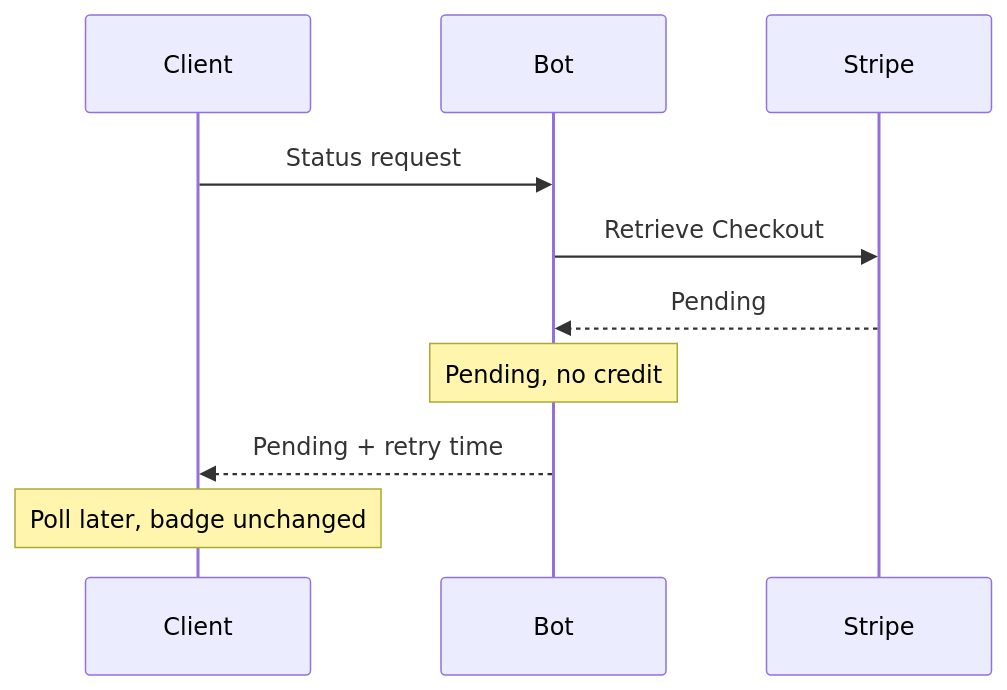
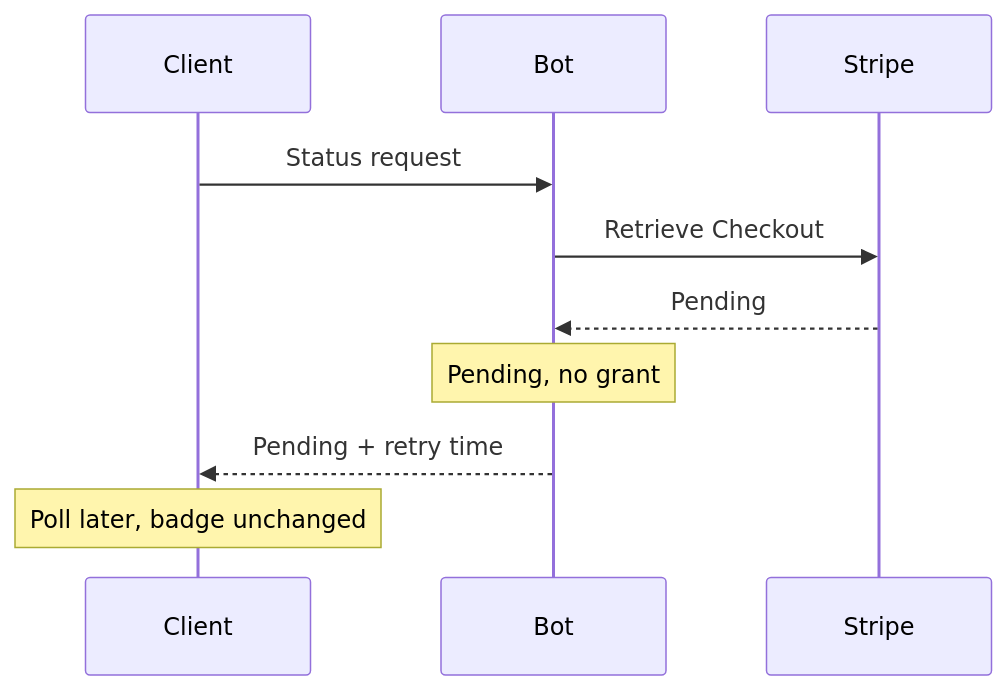
The eighth of 12 diagrams in plans/2026-07-20-supporter-badges-v2-product.md (simplex-chat/simplex-chat), drawn with Mermaid before and after one commit. The commit also changed other lines of this file and 4 other files, not shown here.

````diff
--- a/plans/2026-07-20-supporter-badges-v2-product.md
+++ b/plans/2026-07-20-supporter-badges-v2-product.md
@@ -225,12 +225,12 @@
 ```mermaid
 sequenceDiagram
   participant C as Client
   participant B as Bot
   participant S as Stripe
   C->>B: Status request
   B->>S: Retrieve Checkout
   S-->>B: Pending
-  Note over B: Pending, no credit
+  Note over B: Pending, no grant
   B-->>C: Pending + retry time
   Note over C: Poll later, badge unchanged
 ```
````
